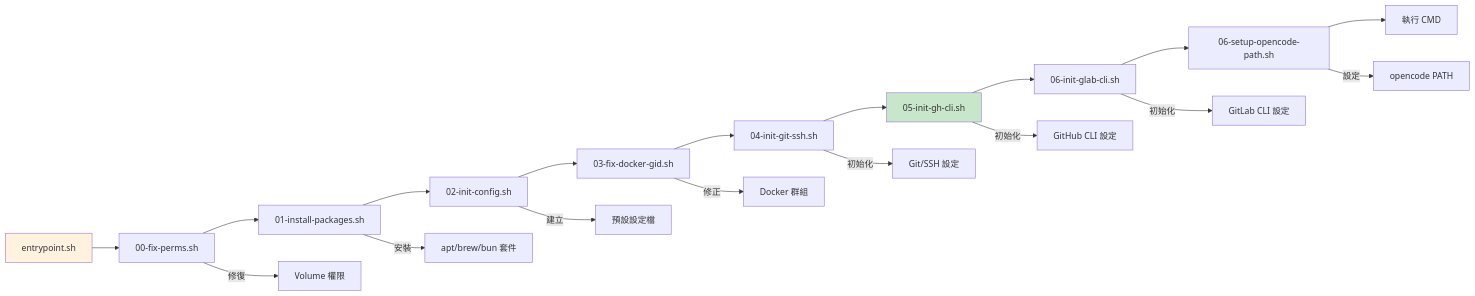
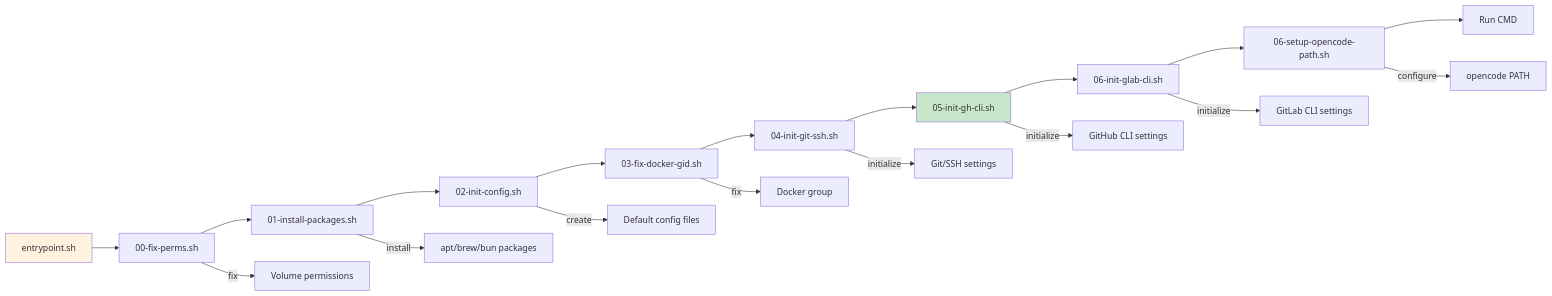
Before and after one commit to tryweb/ai-engkit: the ninth of 10 diagrams in docs/ARCHITECTURE.md, drawn with Mermaid. The commit also changed other lines of this file and 14 other files, not shown here.

First line of the commit message:
docs: translate zh-TW docs to English, relocate CONTRIBUTING & SECURITY to root, add GitHub templates

````diff
--- a/docs/ARCHITECTURE.md
+++ b/docs/ARCHITECTURE.md
@@ -323,24 +323,24 @@
 ```mermaid
 flowchart LR
     A["entrypoint.sh"] --> B["00-fix-perms.sh"]
     B --> C["01-install-packages.sh"]
     C --> D["02-init-config.sh"]
     D --> E["03-fix-docker-gid.sh"]
     E --> F["04-init-git-ssh.sh"]
     F --> G["05-init-gh-cli.sh"]
     G --> GA["06-init-glab-cli.sh"]
     GA --> GB["06-setup-opencode-path.sh"]
-    GB --> H["執行 CMD"]
+    GB --> H["Run CMD"]
 
-    B -->|"修復"| PERMS["Volume 權限"]
-    C -->|"安裝"| PKGS["apt/brew/bun 套件"]
-    D -->|"建立"| CONFIGS["預設設定檔"]
-    E -->|"修正"| DOCKER["Docker 群組"]
-    F -->|"初始化"| GITSETUP["Git/SSH 設定"]
-    G -->|"初始化"| GH_SETUP["GitHub CLI 設定"]
-    GA -->|"初始化"| GLAB_SETUP["GitLab CLI 設定"]
-    GB -->|"設定"| PATH_SETUP["opencode PATH"]
+    B -->|"fix"| PERMS["Volume permissions"]
+    C -->|"install"| PKGS["apt/brew/bun packages"]
+    D -->|"create"| CONFIGS["Default config files"]
+    E -->|"fix"| DOCKER["Docker group"]
+    F -->|"initialize"| GITSETUP["Git/SSH settings"]
+    G -->|"initialize"| GH_SETUP["GitHub CLI settings"]
+    GA -->|"initialize"| GLAB_SETUP["GitLab CLI settings"]
+    GB -->|"configure"| PATH_SETUP["opencode PATH"]
 
     style A fill:#fff3e0
     style G fill:#c8e6c9
 ```
````
